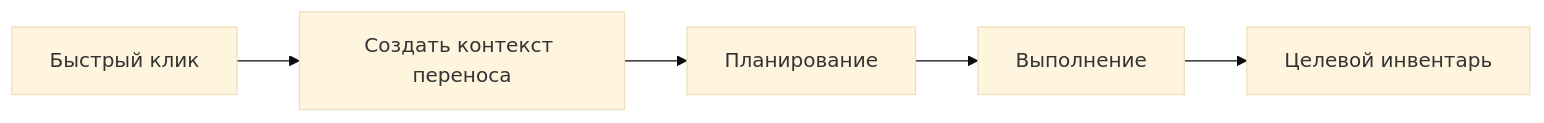
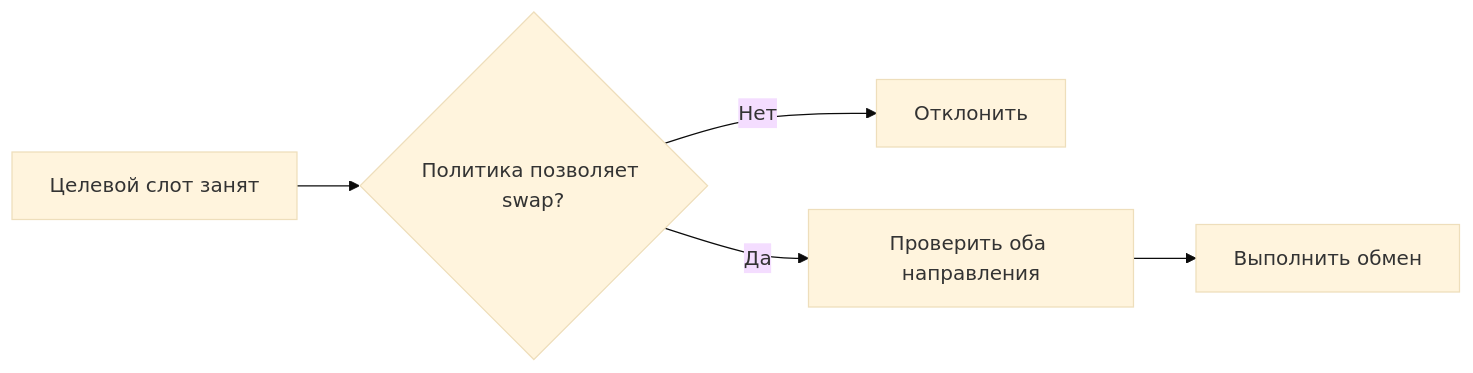
The fifth of 5 diagrams in .docs/content/architecture/transfer-pipeline.md (SergeevSergey99/DragAndDropSystem-Docs), drawn with Mermaid (base theme) before and after one commit. The commit also changed other lines of this file and 16 other files, not shown here.

````diff
--- a/.docs/content/architecture/transfer-pipeline.md
+++ b/.docs/content/architecture/transfer-pipeline.md
@@ -151,7 +112,7 @@
 ```mermaid
 flowchart LR
-    CLICK["Быстрый клик"] --> CTX["Создать контекст переноса"]
-    CTX --> PLAN["Планирование"]
-    PLAN --> EXEC["Выполнение"]
-    EXEC --> INV["Целевой инвентарь"]
+    A["Целевой слот занят"] --> B{"Политика позволяет swap?"}
+    B -->|Нет| C["Отклонить"]
+    B -->|Да| D["Проверить оба направления"]
+    D --> E["Выполнить обмен"]
 ```
````
